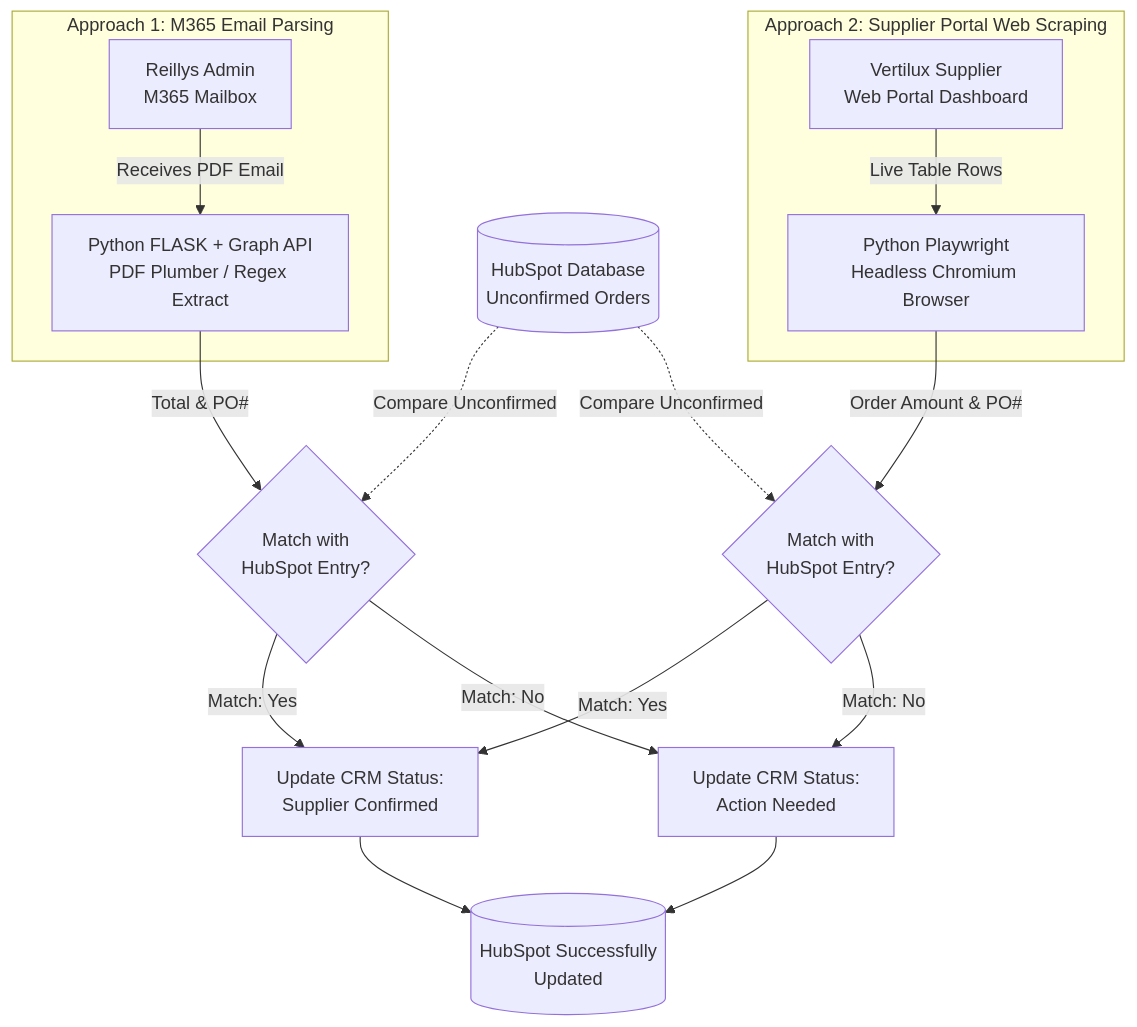
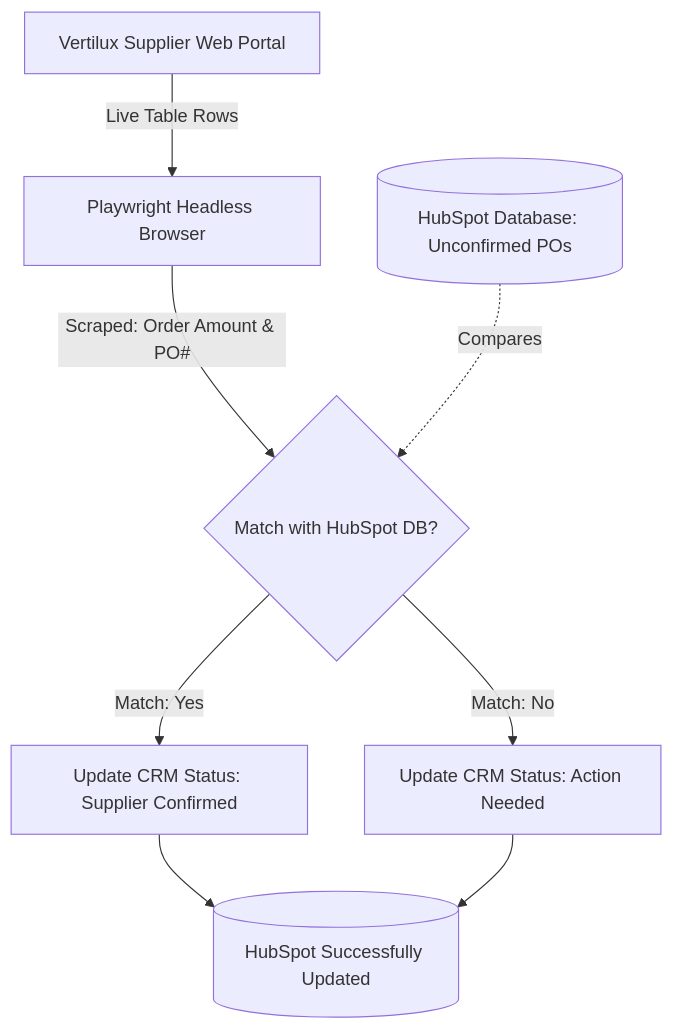
The second of 2 diagrams in README.md (anubhavjetley2424/supplier-automation-platform), drawn with Mermaid before and after one commit. The commit also changed other lines of this file, not shown here.

Commit message:
docs: simplify README logic separating Mermaid diagrams and using technology tables

````diff
--- a/README.md
+++ b/README.md
@@ -28,36 +71,13 @@
 ```mermaid
 graph TD
-    %% Base CRM
-    HS[(HubSpot Database<br/>Unconfirmed Orders)]
+    Portal[Vertilux Supplier Web Portal] -- Live Table Rows --> Scraper[Playwright Headless Browser]
+    Scraper -- Scraped: Order Amount & PO# --> Matcher{Match with HubSpot DB?}
+    
+    HS[(HubSpot Database: Unconfirmed POs)] -. Compares .-> Matcher
 
-    %% Approach 1 Setup
-    subgraph Approach 1: M365 Email Parsing
-        Mailbox[Reillys Admin<br/>M365 Mailbox]
-        AI_Extractor[Python FLASK + Graph API<br/>PDF Plumber / Regex Extract]
-        Mailbox -- Receives PDF Email --> AI_Extractor
-    end
-
-    %% Approach 2 Setup
-    subgraph Approach 2: Supplier Portal Web Scraping
-        Portal[Vertilux Supplier<br/>Web Portal Dashboard]
-        Scraper[Python Playwright<br/>Headless Chromium Browser]
-        Portal -- Live Table Rows --> Scraper
-    end
-
-    %% Reconcile
-    AI_Extractor -- Total & PO# --> Matcher1{Match with<br/>HubSpot Entry?}
-    Scraper -- Order Amount & PO# --> Matcher2{Match with<br/>HubSpot Entry?}
+    Matcher -- Match: Yes --> Confirmed[Update CRM Status: Supplier Confirmed]
+    Matcher -- Match: No --> Action[Update CRM Status: Action Needed]
     
-    HS -. Compare Unconfirmed .-> Matcher1
-    HS -. Compare Unconfirmed .-> Matcher2
-
-    %% Updates
-    Matcher1 -- Match: Yes --> Confirmed[Update CRM Status:<br/>Supplier Confirmed]
-    Matcher1 -- Match: No --> Action[Update CRM Status:<br/>Action Needed]
-
-    Matcher2 -- Match: Yes --> Confirmed
-    Matcher2 -- Match: No --> Action
-    
-    Confirmed --> HS_Final[(HubSpot Successfully<br/>Updated)]
+    Confirmed --> HS_Final[(HubSpot Successfully Updated)]
     Action --> HS_Final
 ```
````
